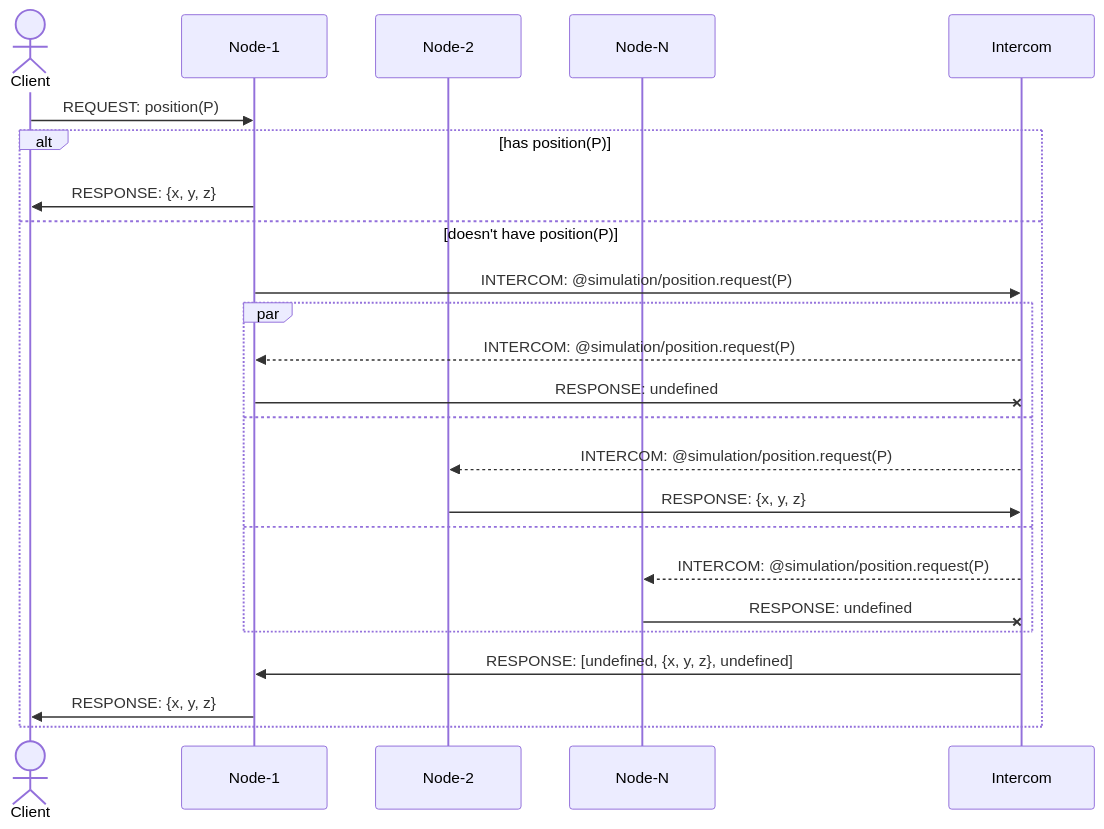
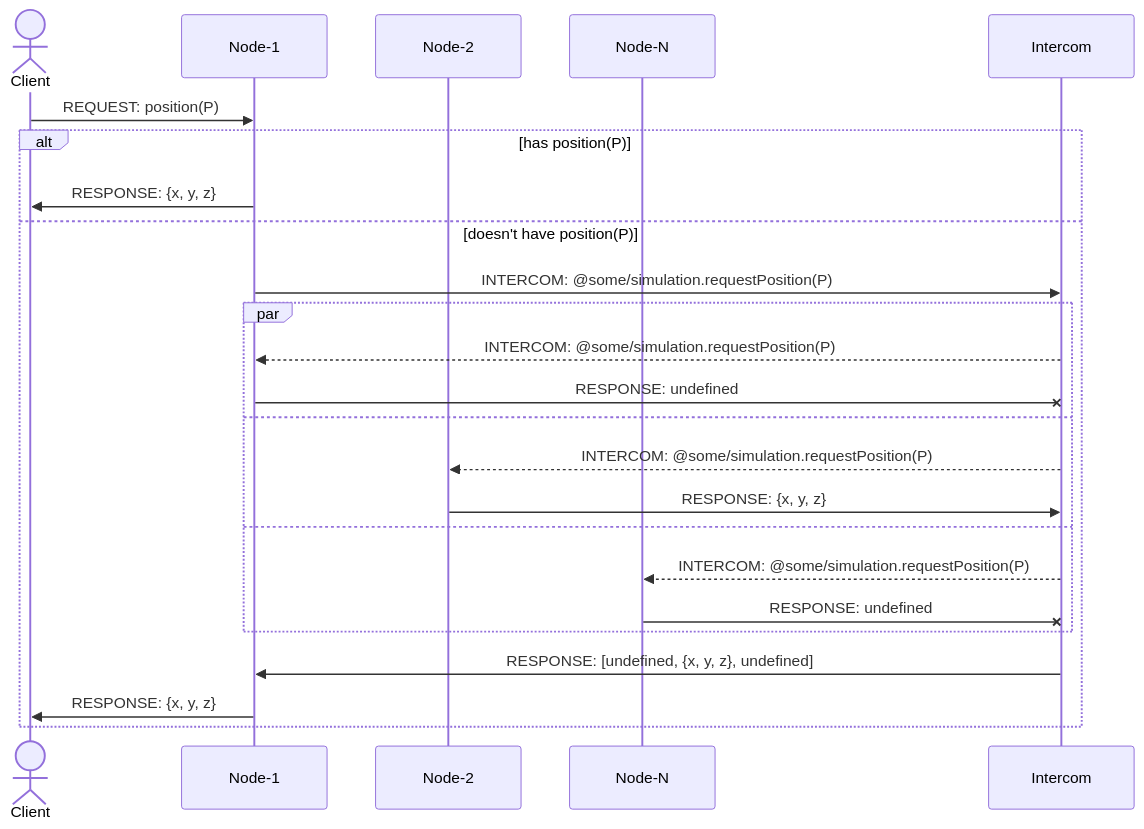
The diagram in website/docs/sockets.mdx (cha0s/flecks), drawn with Mermaid before and after one commit. The commit also changed other lines of this file, not shown here.

Commit message:
doc: fix intercom example

````diff
--- a/website/docs/sockets.mdx
+++ b/website/docs/sockets.mdx
@@ -300,25 +303,25 @@
 ```mermaid
   sequenceDiagram
       actor Client
       participant Node-1
       participant Node-2
       participant Node-N
       Client->>Node-1: REQUEST: position(P)
       alt has position(P)
         Node-1->>Client: RESPONSE: {x, y, z}
       else doesn't have position(P)
-        Node-1->>Intercom: INTERCOM: @simulation/position.request(P)
+        Node-1->>Intercom: INTERCOM: @some/simulation.requestPosition(P)
         par
-          Intercom-->>Node-1: INTERCOM: @simulation/position.request(P)
+          Intercom-->>Node-1: INTERCOM: @some/simulation.requestPosition(P)
           Node-1-xIntercom: RESPONSE: undefined
         and
-          Intercom-->>Node-2: INTERCOM: @simulation/position.request(P)
+          Intercom-->>Node-2: INTERCOM: @some/simulation.requestPosition(P)
           Node-2->>Intercom: RESPONSE: {x, y, z}
         and
-          Intercom-->>Node-N: INTERCOM: @simulation/position.request(P)
+          Intercom-->>Node-N: INTERCOM: @some/simulation.requestPosition(P)
           Node-N-xIntercom: RESPONSE: undefined
         end
         Intercom->>Node-1: RESPONSE: [undefined, {x, y, z}, undefined]
         Node-1->>Client: RESPONSE: {x, y, z}
       end
 ```
````
